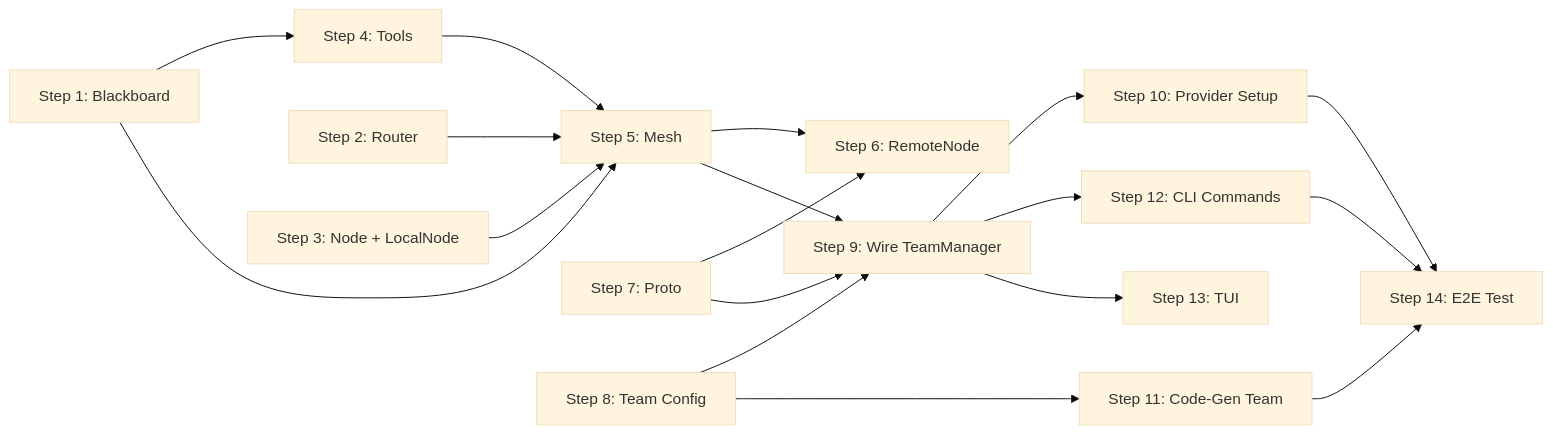
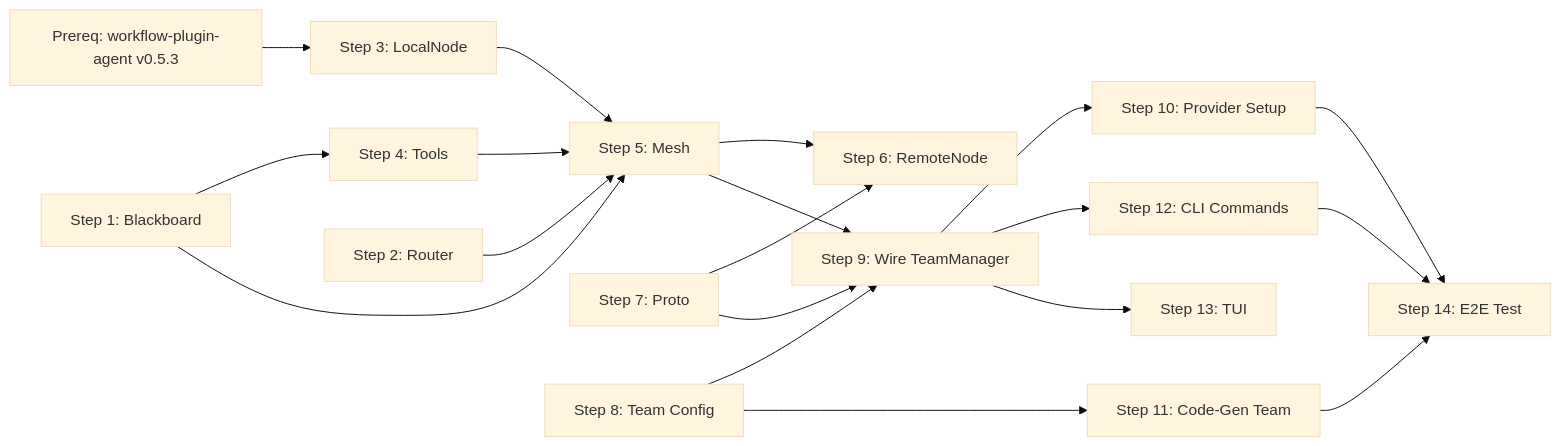
One commit to GoCodeAlone/ratchet-cli changed the diagram in docs/plans/2026-04-04-agent-mesh-implementation.md. Above: the diagram before and after it, drawn with Mermaid (base theme). The commit also changed other lines of this file and 1 other file, not shown here.

First line of the commit message:
docs: add workflow-plugin-agent prerequisite to mesh plans

````diff
--- a/docs/plans/2026-04-04-agent-mesh-implementation.md
+++ b/docs/plans/2026-04-04-agent-mesh-implementation.md
@@ -233,20 +255,21 @@
 ```mermaid
 graph LR
+    PRE[Prereq: workflow-plugin-agent v0.5.3] --> S3[Step 3: LocalNode]
     S1[Step 1: Blackboard] --> S4[Step 4: Tools]
     S2[Step 2: Router] --> S5[Step 5: Mesh]
-    S3[Step 3: Node + LocalNode] --> S5
+    S3 --> S5
     S4 --> S5
     S1 --> S5
     S5 --> S6[Step 6: RemoteNode]
     S5 --> S9[Step 9: Wire TeamManager]
     S7[Step 7: Proto] --> S6
     S7 --> S9
     S8[Step 8: Team Config] --> S9
     S8 --> S11[Step 11: Code-Gen Team]
     S9 --> S10[Step 10: Provider Setup]
     S9 --> S12[Step 12: CLI Commands]
     S9 --> S13[Step 13: TUI]
     S11 --> S14[Step 14: E2E Test]
     S12 --> S14
     S10 --> S14
 ```
````
